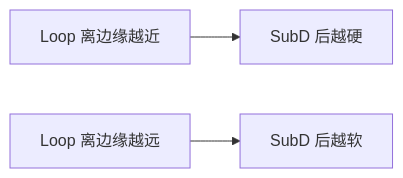
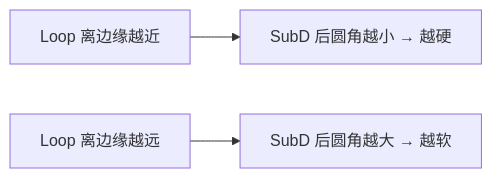
Before and after one commit to liuchamp/blenderdsv1: the ninth of 12 diagrams in Blender笔记/00-基础/05-环切与拓扑-Ctrl+R.md, drawn with Mermaid. The commit also changed other lines of this file and 16 other files, not shown here.

````diff
--- a/Blender笔记/00-基础/05-环切与拓扑-Ctrl+R.md
+++ b/Blender笔记/00-基础/05-环切与拓扑-Ctrl+R.md
@@ -141,5 +327,5 @@
 ```mermaid
 flowchart LR
-    Near["Loop 离边缘越近"] --> Sharp["SubD 后越硬"]
-    Far["Loop 离边缘越远"] --> Smooth["SubD 后越软"]
+    Near["Loop 离边缘越近"] --> Sharp["SubD 后圆角越小 → 越硬"]
+    Far["Loop 离边缘越远"] --> Smooth["SubD 后圆角越大 → 越软"]
 ```
````
